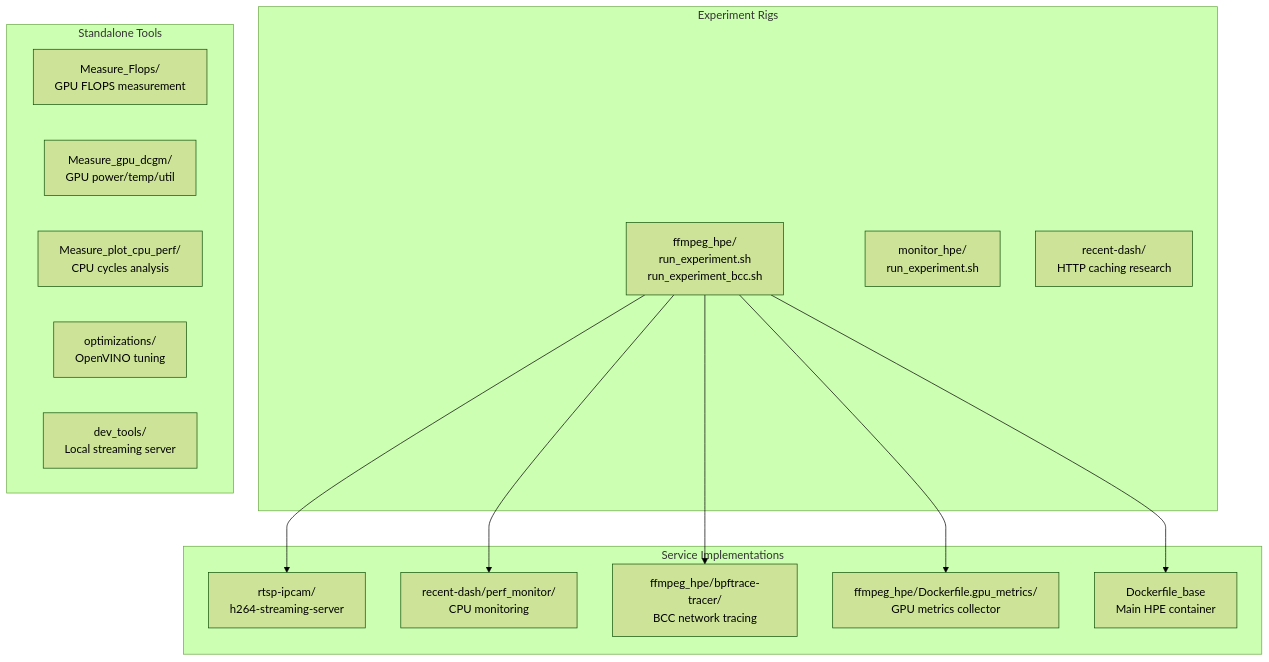
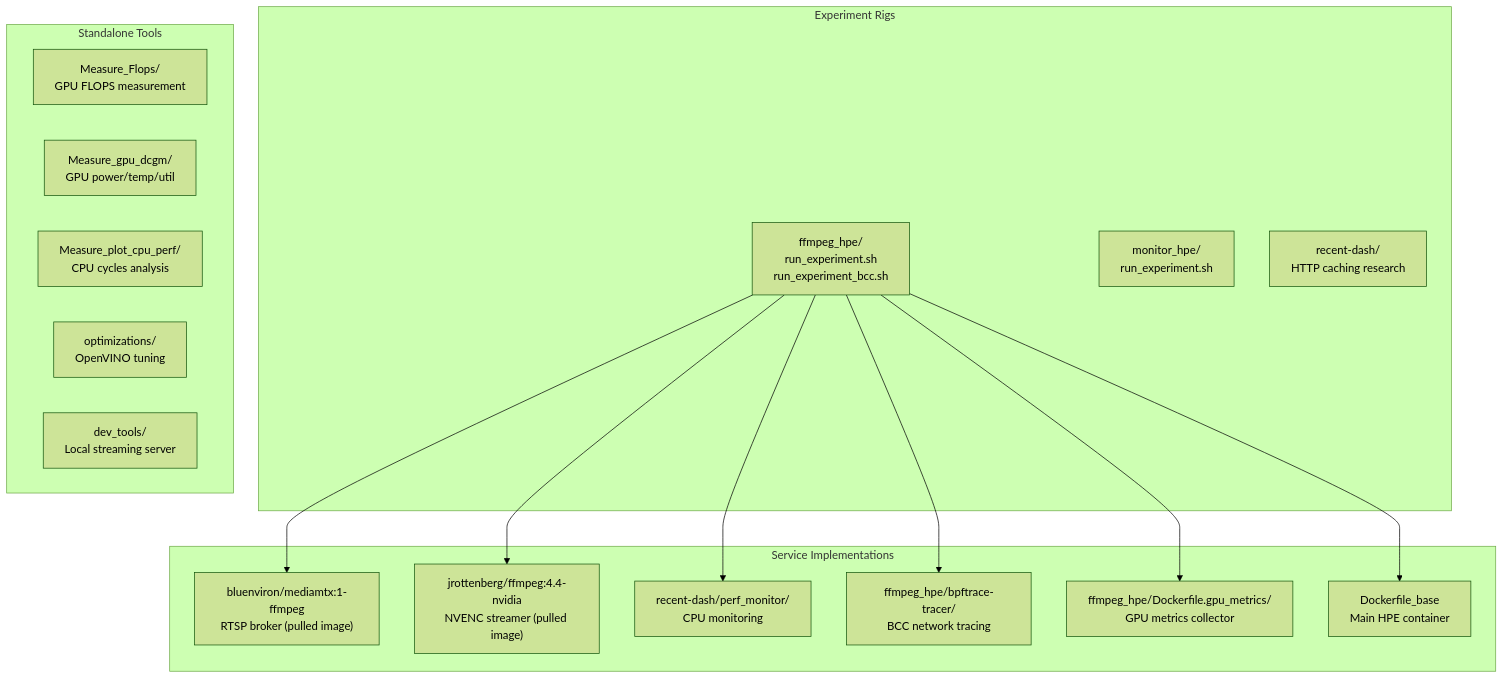
The first of 4 diagrams in .qoder/repowiki/en/content/Getting Started/Getting Started.md (Fogus-Gr/MeasurementsDTs), drawn with Mermaid (forest theme) before and after one commit. The commit also changed other lines of this file and 30 other files, not shown here.

````diff
--- a/.qoder/repowiki/en/content/Getting Started/Getting Started.md
+++ b/.qoder/repowiki/en/content/Getting Started/Getting Started.md
@@ -64,27 +64,29 @@
 ```mermaid
 graph TB
 subgraph "Experiment Rigs"
 A["ffmpeg_hpe/<br/>run_experiment.sh<br/>run_experiment_bcc.sh"]
 B["monitor_hpe/<br/>run_experiment.sh"]
 C["recent-dash/<br/>HTTP caching research"]
 end
 subgraph "Service Implementations"
-D["rtsp-ipcam/<br/>h264-streaming-server"]
+D["bluenviron/mediamtx:1-ffmpeg<br/>RTSP broker (pulled image)"]
+D2["jrottenberg/ffmpeg:4.4-nvidia<br/>NVENC streamer (pulled image)"]
 E["recent-dash/perf_monitor/<br/>CPU monitoring"]
 F["ffmpeg_hpe/bpftrace-tracer/<br/>BCC network tracing"]
 G["ffmpeg_hpe/Dockerfile.gpu_metrics/<br/>GPU metrics collector"]
 H["Dockerfile_base<br/>Main HPE container"]
 end
 subgraph "Standalone Tools"
 I["Measure_Flops/<br/>GPU FLOPS measurement"]
 J["Measure_gpu_dcgm/<br/>GPU power/temp/util"]
 K["Measure_plot_cpu_perf/<br/>CPU cycles analysis"]
 L["optimizations/<br/>OpenVINO tuning"]
 M["dev_tools/<br/>Local streaming server"]
 end
 A --> D
+A --> D2
 A --> E
 A --> F
 A --> G
 A --> H
 ```
````
